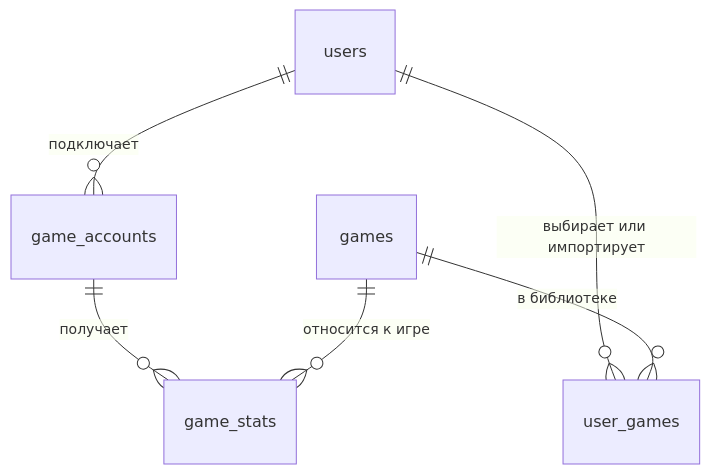
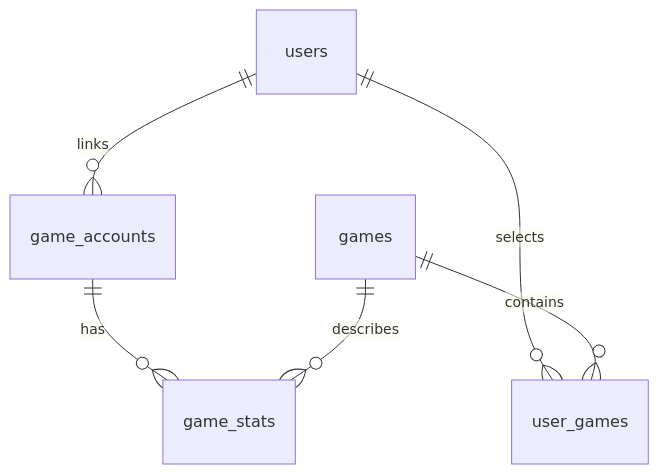
Before and after one commit to Alexey-shishkin4/PartyUp_bot: the diagram in README.md, drawn with Mermaid. The commit also changed other lines of this file, not shown here.

````diff
--- a/README.md
+++ b/README.md
@@ -114,8 +99,8 @@
 ```mermaid
 erDiagram
-    users ||--o{ game_accounts : "подключает"
-    users ||--o{ user_games : "выбирает или импортирует"
-    games ||--o{ user_games : "в библиотеке"
-    game_accounts ||--o{ game_stats : "получает"
-    games ||--o{ game_stats : "относится к игре"
+    users ||--o{ game_accounts : links
+    users ||--o{ user_games : selects
+    games ||--o{ user_games : contains
+    game_accounts ||--o{ game_stats : has
+    games ||--o{ game_stats : describes
 ```
````
